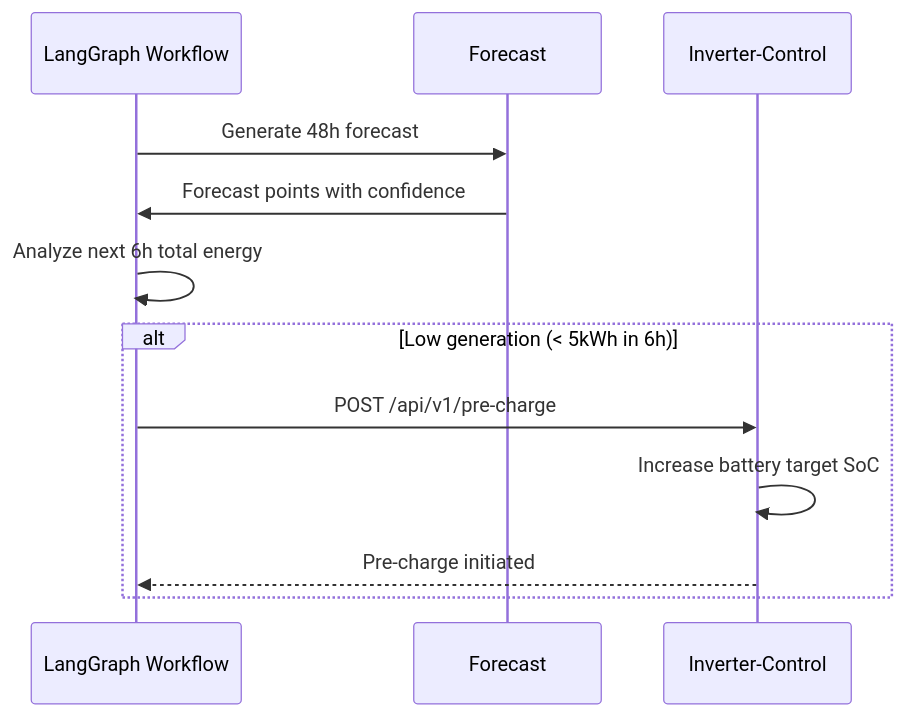
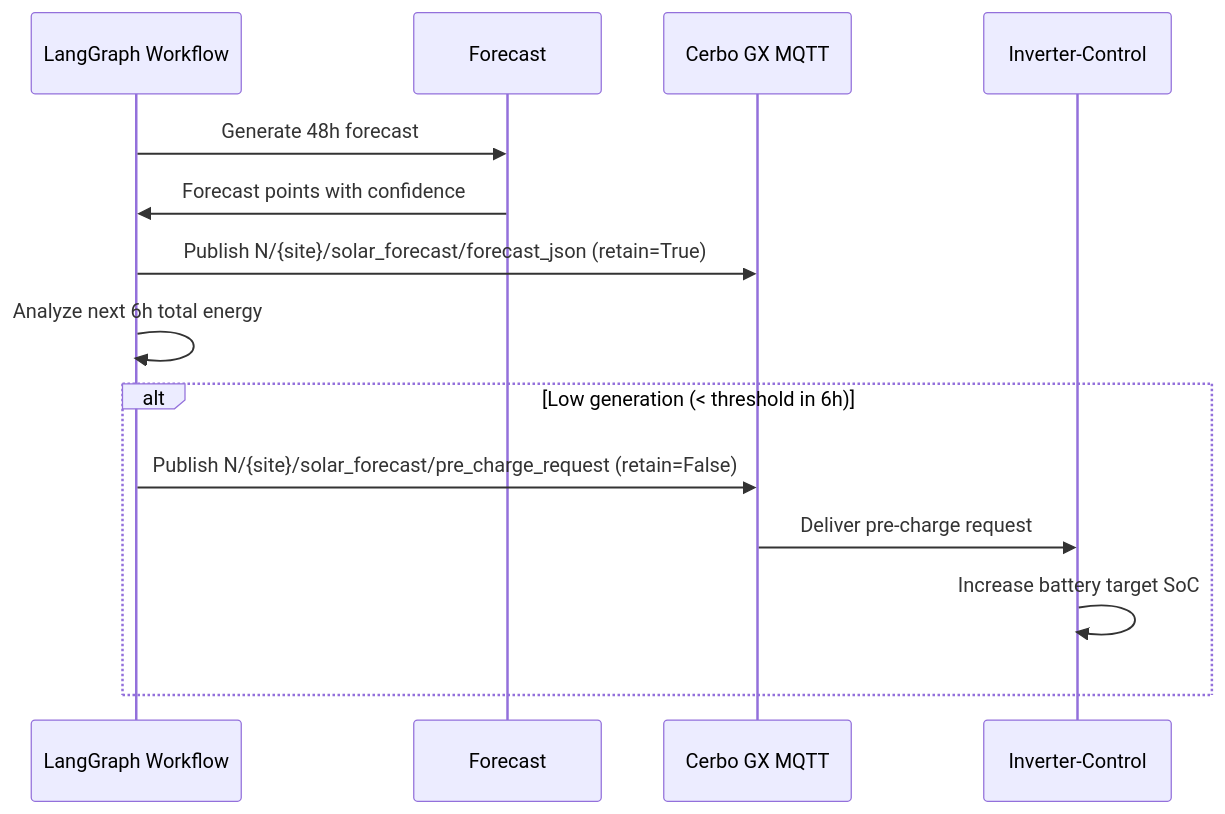
One commit to 4alvit/solar-forecast-langgraph changed the second of 3 diagrams in README.md. Above: the diagram before and after it, drawn with Mermaid. The commit also changed other lines of this file and 3 other files, not shown here.

Commit message:
feat: publish forecast and pre-charge via MQTT instead of HTTP (#41)

````diff
--- a/README.md
+++ b/README.md
@@ -172,15 +172,17 @@
 ```mermaid
 sequenceDiagram
     participant WF as LangGraph Workflow
     participant FC as Forecast
+    participant CB as Cerbo GX MQTT
     participant IC as Inverter-Control
-    
+
     WF->>FC: Generate 48h forecast
     FC->>WF: Forecast points with confidence
+    WF->>CB: Publish N/{site}/solar_forecast/forecast_json (retain=True)
     WF->>WF: Analyze next 6h total energy
-    alt Low generation (< 5kWh in 6h)
-        WF->>IC: POST /api/v1/pre-charge
+    alt Low generation (< threshold in 6h)
+        WF->>CB: Publish N/{site}/solar_forecast/pre_charge_request (retain=False)
+        CB->>IC: Deliver pre-charge request
         IC->>IC: Increase battery target SoC
-        IC-->>WF: Pre-charge initiated
     end
 ```
````
